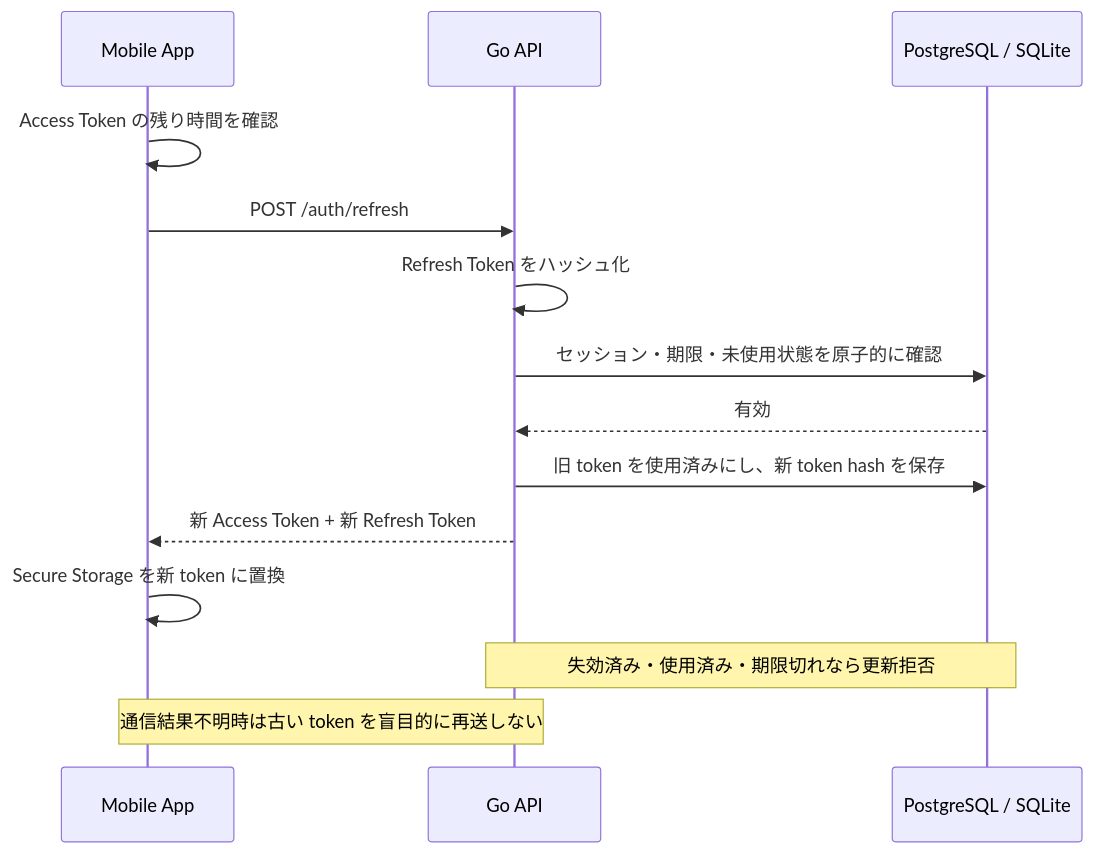
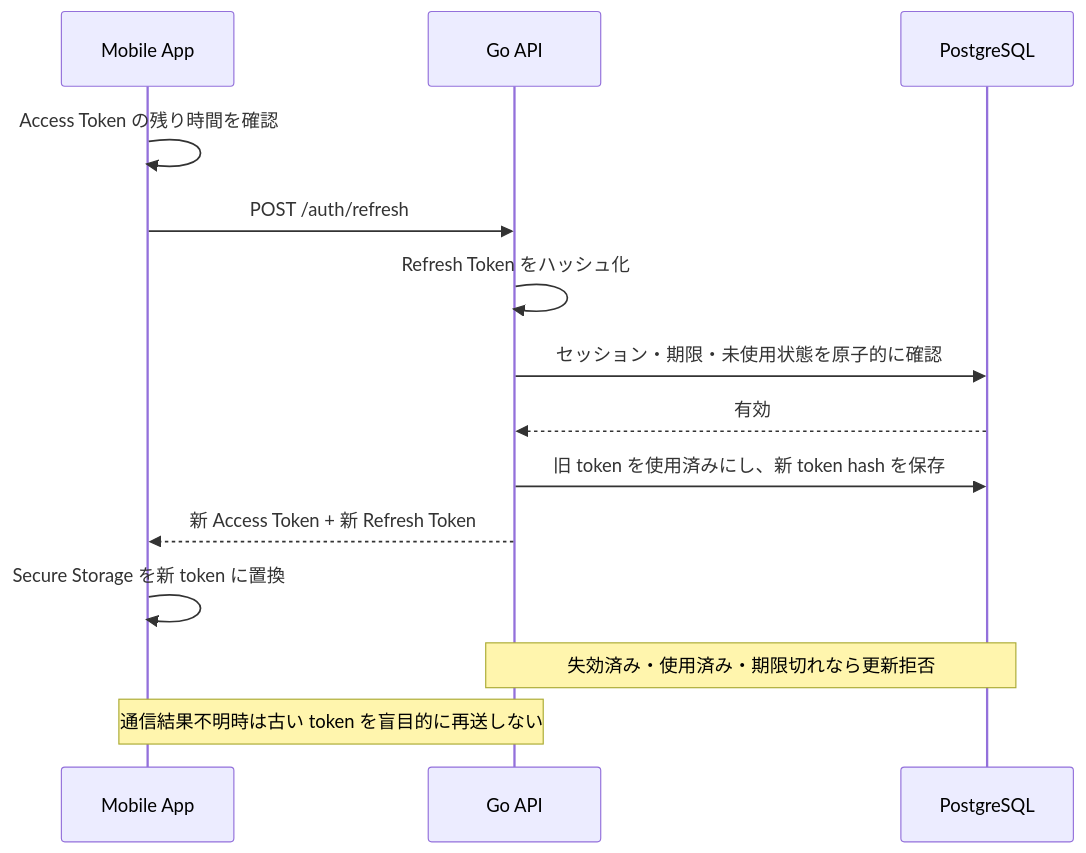
The diagram in docs/security-audit.md (Tornado2026-team-j/Samurai-meet), drawn with Mermaid before and after one commit. The commit also changed other lines of this file and 9 other files, not shown here.

````diff
--- a/docs/security-audit.md
+++ b/docs/security-audit.md
@@ -102,18 +102,18 @@
 ```mermaid
 sequenceDiagram
     participant App as Mobile App
     participant API as Go API
-    participant DB as PostgreSQL / SQLite
+    participant DB as PostgreSQL
 
     App->>App: Access Token の残り時間を確認
     App->>API: POST /auth/refresh
     API->>API: Refresh Token をハッシュ化
     API->>DB: セッション・期限・未使用状態を原子的に確認
     DB-->>API: 有効
     API->>DB: 旧 token を使用済みにし、新 token hash を保存
     API-->>App: 新 Access Token + 新 Refresh Token
     App->>App: Secure Storage を新 token に置換
 
     Note over API,DB: 失効済み・使用済み・期限切れなら更新拒否
     Note over App,API: 通信結果不明時は古い token を盲目的に再送しない
 ```
````
